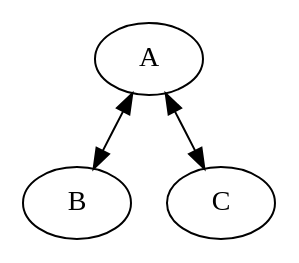
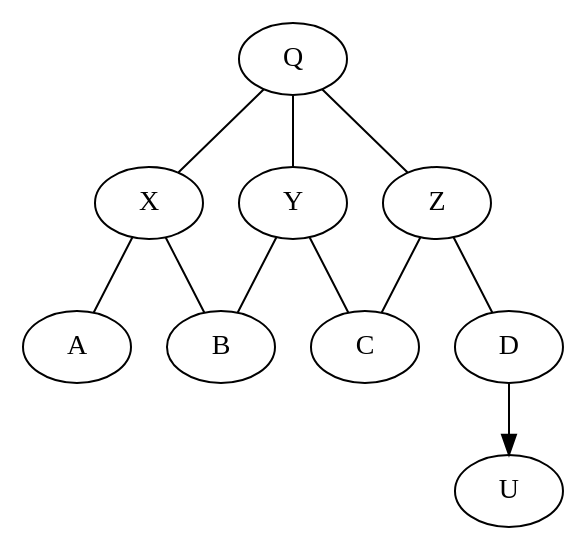
One commit to benpicco/tiny_olsr2 changed the diagram in graph.gv. Above: the diagram before and after it, drawn with Graphviz. The commit also changed 2 other files, not shown here.

Commit message:
make graph.gv easier to write

```diff
--- a/graph.gv
+++ b/graph.gv
@@ -1,7 +1,18 @@
-strict digraph {
-concentrate=true
-	A -> B
-	B -> A
-	A -> C
-	C -> A
+digraph {
+subgraph bidirectional {
+	edge [arrowhead = none]
+	Q -> X
+	Q -> Y
+	Q -> Z
+	X -> A
+	X -> B
+	Y -> B
+	Y -> C
+	Z -> C
+	Z -> D
 }
+
+subgraph directional {
+	D -> U
+}
+}
```
